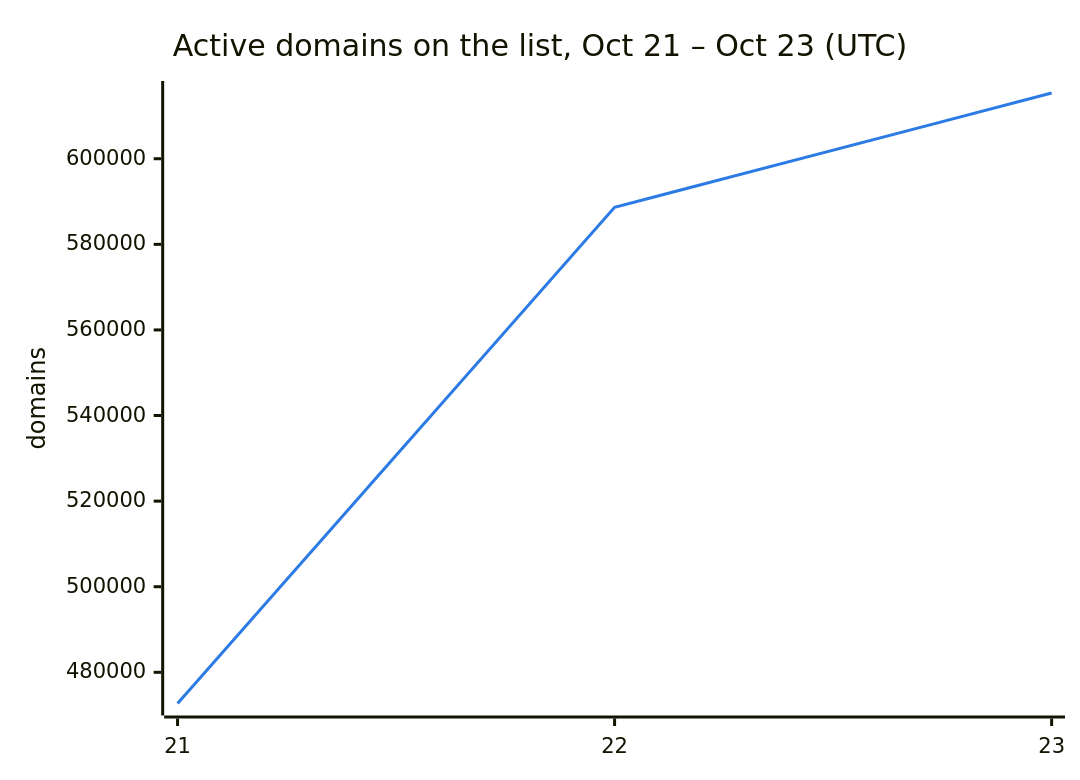
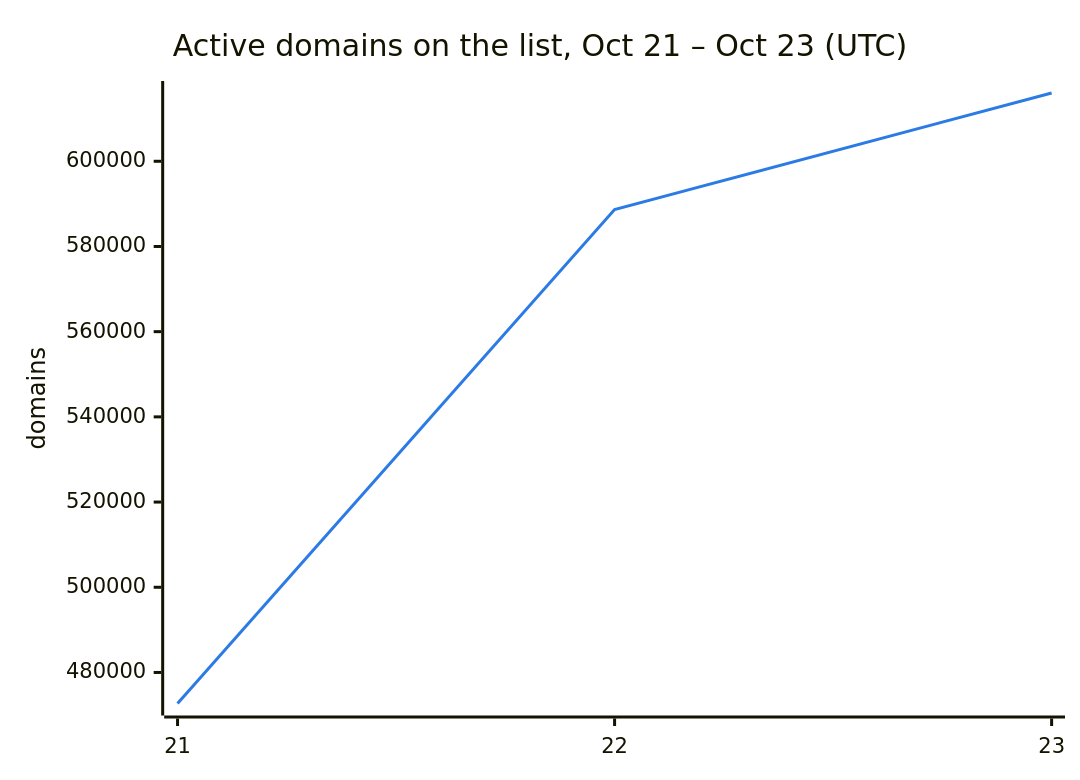
One commit to DNSBunker/CTI changed the second of 3 diagrams in README.md. Above: the diagram before and after it, drawn with Mermaid. The commit also changed other lines of this file and 3 other files, not shown here.

````diff
--- a/README.md
+++ b/README.md
@@ -38,8 +38,8 @@
 ```mermaid
 %%{init: {"themeVariables": {"xyChart": {"plotColorPalette": "#2c7be5"}}}}%%
 xychart-beta
     title "Active domains on the list, Oct 21 – Oct 23 (UTC)"
     x-axis ["21", "22", "23"]
     y-axis "domains"
-    line [472713, 588659, 615360]
+    line [472713, 588659, 616027]
 ```
````
